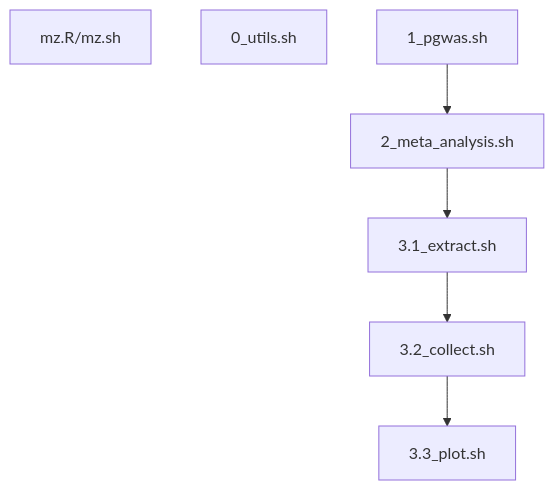
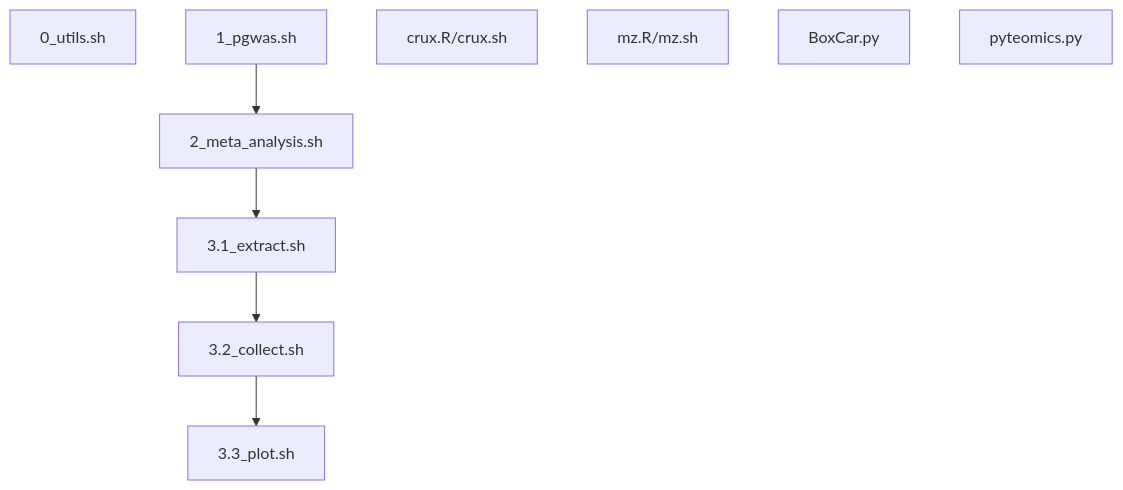
One commit to jinghuazhao/Caprion changed the diagram in peptide_progs/README.md. Above: the diagram before and after it, drawn with Mermaid. The commit also changed other lines of this file and 4 other files, not shown here.

````diff
--- a/peptide_progs/README.md
+++ b/peptide_progs/README.md
@@ -9,11 +9,14 @@
 ```mermaid
 graph TD;
-mz.R/mz.sh
 0_utils.sh
 1_pgwas.sh
 2_meta_analysis.sh
 3.1_extract.sh
 3.2_collect.sh
 3.3_plot.sh
 1_pgwas.sh --> 2_meta_analysis.sh --> 3.1_extract.sh --> 3.2_collect.sh --> 3.3_plot.sh
+crux.R/crux.sh
+mz.R/mz.sh
+BoxCar.py
+pyteomics.py
 ```
````
